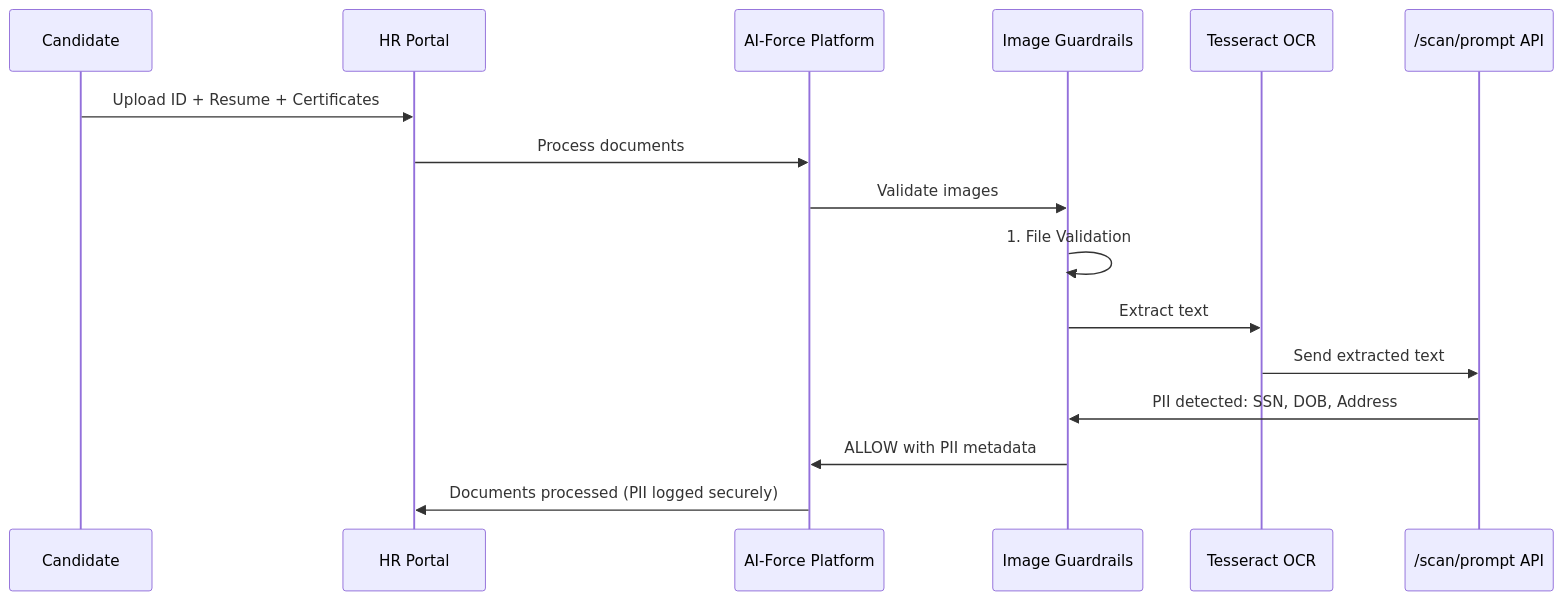
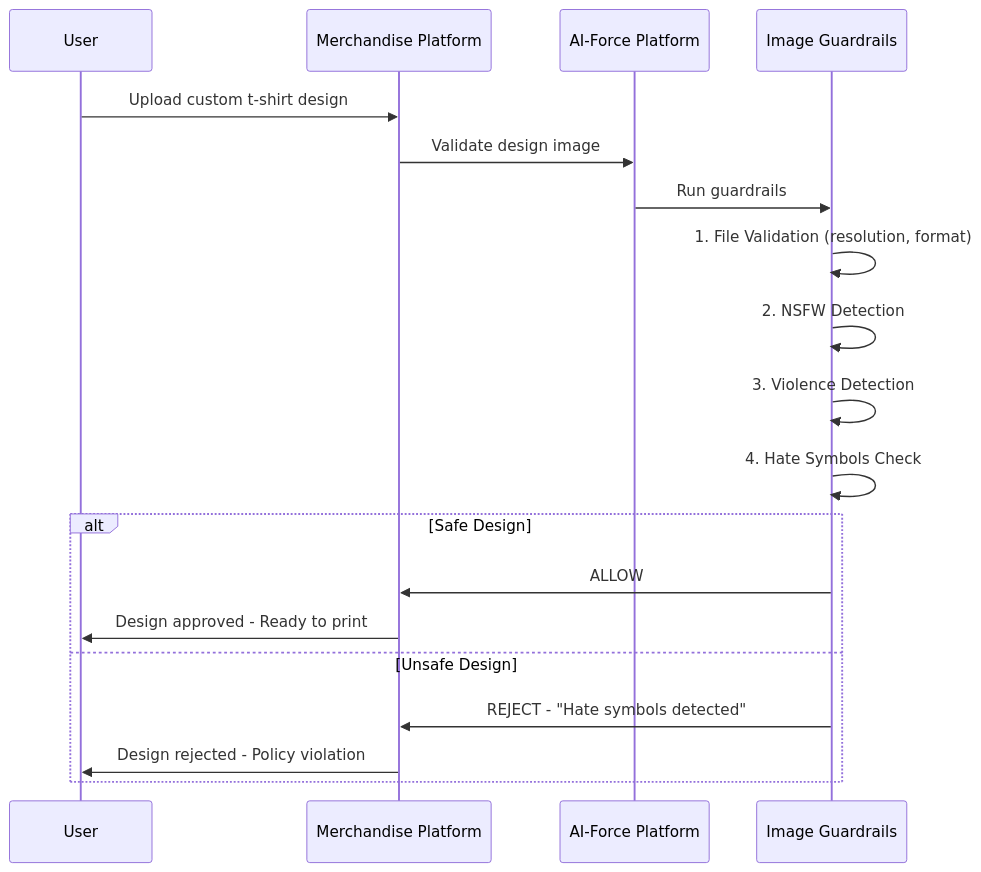
Before and after one commit to ashoktallapelli/guardrails: the third of 5 diagrams in docs/DEMO_USE_CASES.md, drawn with Mermaid. The commit also changed other lines of this file, not shown here.

````diff
--- a/docs/DEMO_USE_CASES.md
+++ b/docs/DEMO_USE_CASES.md
@@ -129,21 +132,24 @@
 ```mermaid
 sequenceDiagram
-    participant Candidate
-    participant Portal as HR Portal
+    participant User
+    participant Shop as Merchandise Platform
     participant Platform as AI-Force Platform
     participant Guard as Image Guardrails
-    participant OCR as Tesseract OCR
-    participant PII as /scan/prompt API
 
-    Candidate->>Portal: Upload ID + Resume + Certificates
-    Portal->>Platform: Process documents
-    Platform->>Guard: Validate images
+    User->>Shop: Upload custom t-shirt design
+    Shop->>Platform: Validate design image
+    Platform->>Guard: Run guardrails
 
-    Guard->>Guard: 1. File Validation
-    Guard->>OCR: Extract text
-    OCR->>PII: Send extracted text
-    PII->>Guard: PII detected: SSN, DOB, Address
+    Guard->>Guard: 1. File Validation (resolution, format)
+    Guard->>Guard: 2. NSFW Detection
+    Guard->>Guard: 3. Violence Detection
+    Guard->>Guard: 4. Hate Symbols Check
 
-    Guard->>Platform: ALLOW with PII metadata
-    Platform->>Portal: Documents processed (PII logged securely)
+    alt Safe Design
+        Guard->>Shop: ALLOW
+        Shop->>User: Design approved - Ready to print
+    else Unsafe Design
+        Guard->>Shop: REJECT - "Hate symbols detected"
+        Shop->>User: Design rejected - Policy violation
+    end
 ```
````
